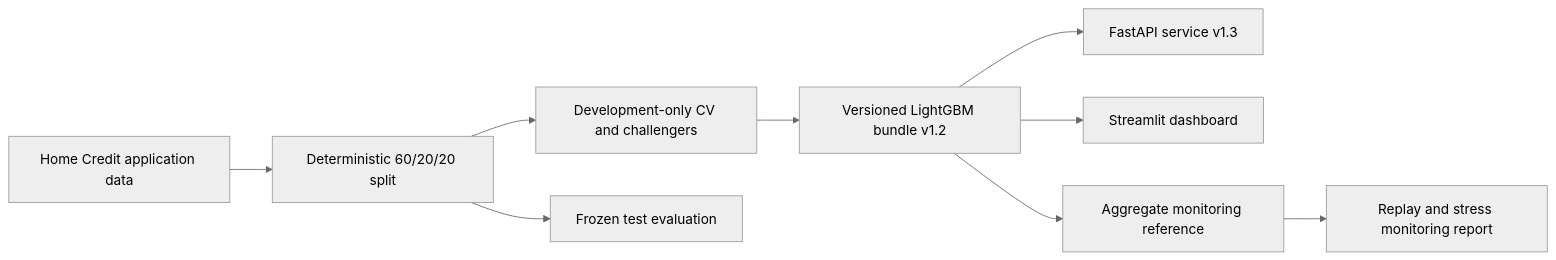
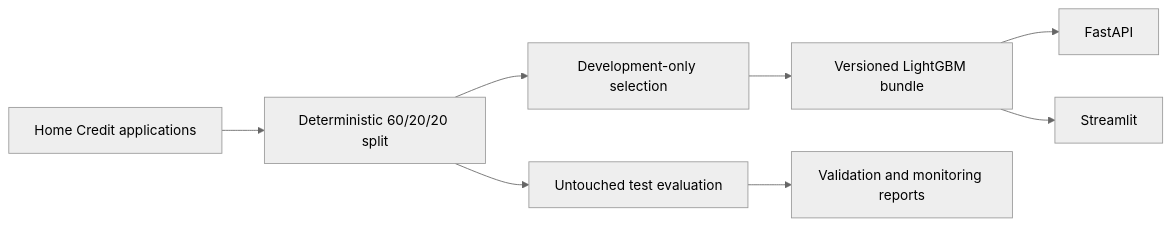
Before and after one commit to Aakashanil67/credit-risk-ifrs9-engine: the diagram in README.md, drawn with Mermaid (neutral theme). The commit also changed other lines of this file and 38 other files, not shown here.

````diff
--- a/README.md
+++ b/README.md
@@ -17,11 +30,10 @@
 ```mermaid
 flowchart LR
-    A[Home Credit application data] --> B[Deterministic 60/20/20 split]
-    B --> C[Development-only CV and challengers]
-    B --> D[Frozen test evaluation]
-    C --> E[Versioned LightGBM bundle v1.2]
-    E --> F[FastAPI service v1.3]
-    E --> G[Streamlit dashboard]
-    E --> H[Aggregate monitoring reference]
-    H --> I[Replay and stress monitoring report]
+    A[Home Credit applications] --> B[Deterministic 60/20/20 split]
+    B --> C[Development-only selection]
+    B --> D[Untouched test evaluation]
+    C --> E[Versioned LightGBM bundle]
+    E --> F[FastAPI]
+    E --> G[Streamlit]
+    D --> H[Validation and monitoring reports]
 ```
````
